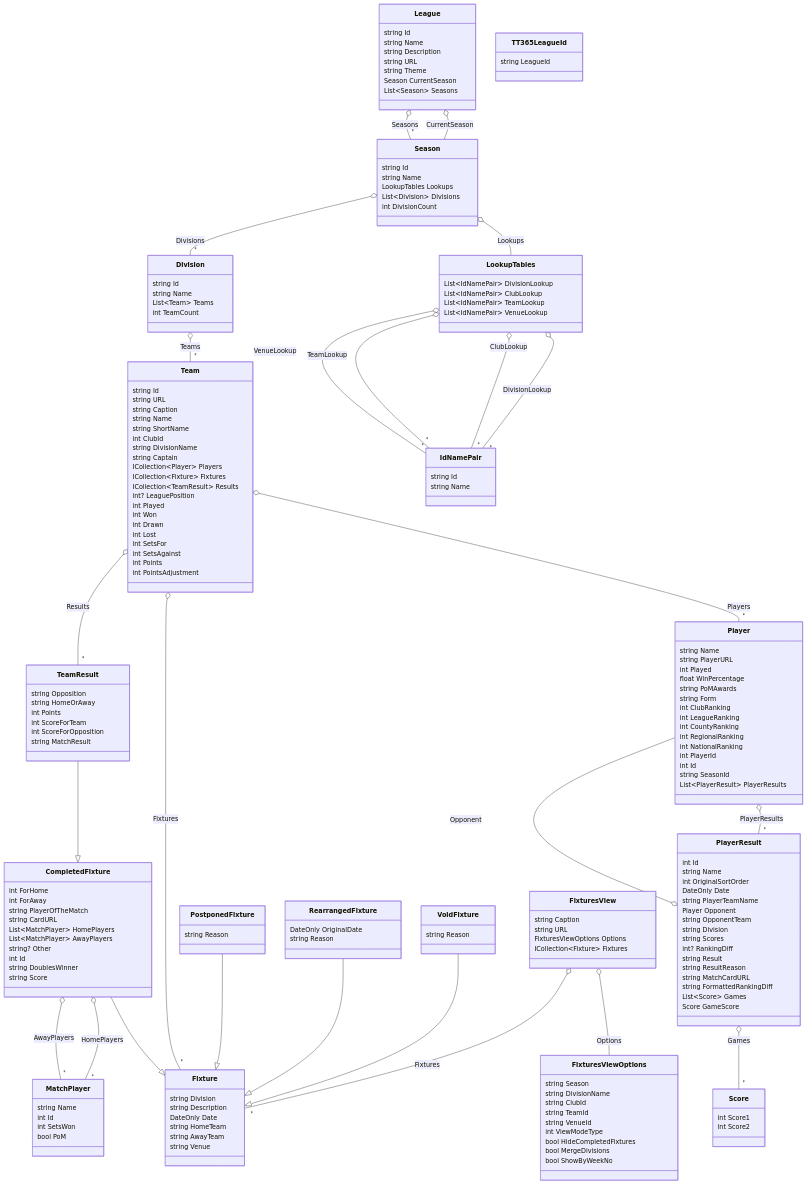
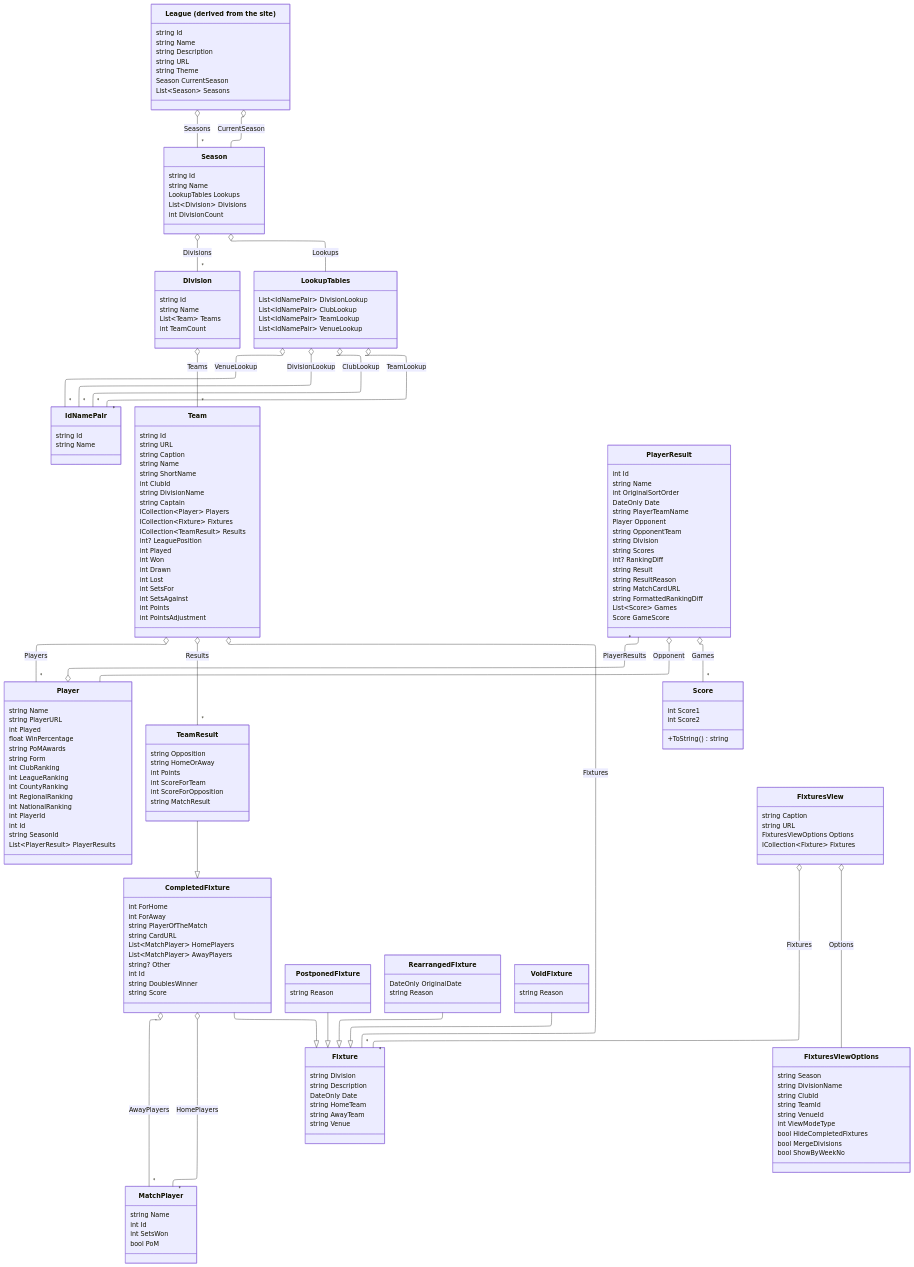
The diagram in src/Smab.TTInfo.TT365/README.md (smabuk/Smab.TTInfo), drawn with Mermaid before and after one commit. The commit also changed 3 other files, not shown here.

````diff
--- a/src/Smab.TTInfo.TT365/README.md
+++ b/src/Smab.TTInfo.TT365/README.md
@@ -75,6 +75,11 @@
 ```mermaid
+---
+config:
+  look: classic
+  layout: elk
+---
 classDiagram
-    class League {
+    class League["League (derived from the site)"] {
         string Id
         string Name
         string Description
@@ -210,6 +215,7 @@
     class Score {
         int Score1
         int Score2
+        +ToString() string
     }
     class FixturesView {
         string Caption
@@ -228,15 +234,14 @@
         bool MergeDivisions
         bool ShowByWeekNo
     }
-    class TT365LeagueId {
-        string LeagueId
-    }
+
     %% Inheritance
-    CompletedFixture --|> Fixture
-    PostponedFixture --|> Fixture
+    CompletedFixture  --|> Fixture
+    PostponedFixture  --|> Fixture
     RearrangedFixture --|> Fixture
-    VoidFixture --|> Fixture
-    TeamResult --|> CompletedFixture
+    VoidFixture       --|> Fixture
+    TeamResult  --|> CompletedFixture
+
     %% Relationships
     League o-- Season : CurrentSeason
     League o-- "*" Season : Seasons
````
